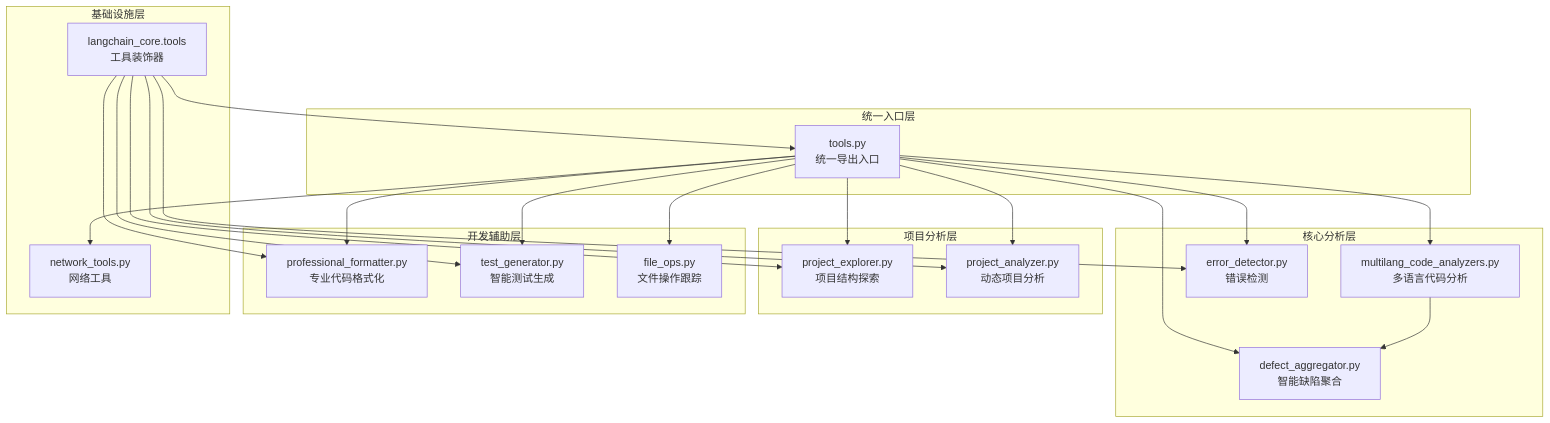
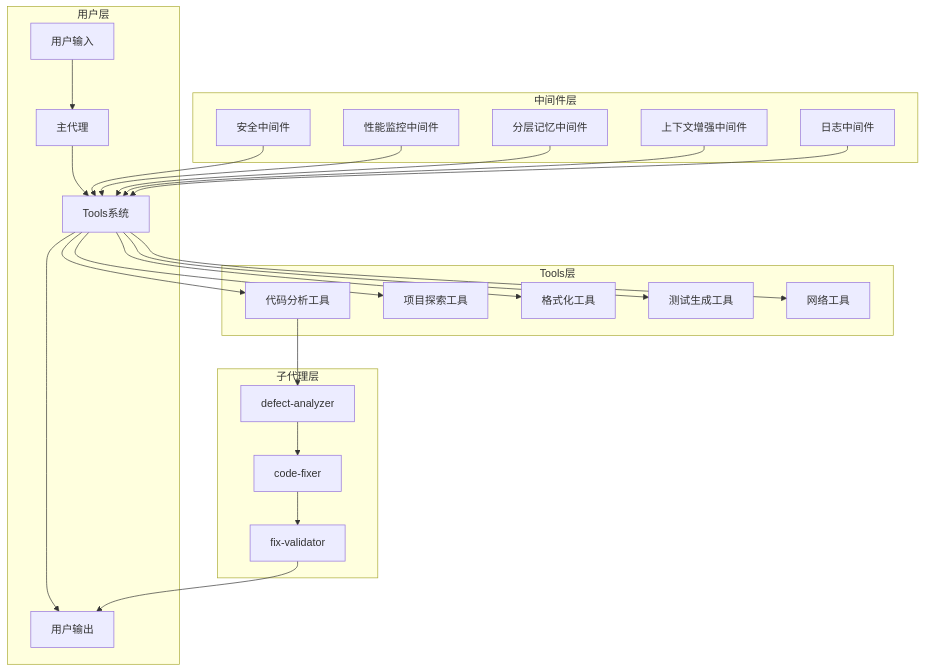
Before and after one commit to 3uyuan1ee/Fix_agent: the first of 20 diagrams in docs/tools_architecture.md, drawn with Mermaid. The commit also changed other lines of this file, not shown here.

````diff
--- a/docs/tools_architecture.md
+++ b/docs/tools_architecture.md
@@ -22,46 +11,41 @@
 ```mermaid
 graph TB
-    subgraph "统一入口层"
-        A[tools.py<br/>统一导出入口]
+    subgraph "用户层"
+        A[用户输入] --> B[主代理]
+        B --> C[Tools系统]
+        C --> D[用户输出]
     end
 
-    subgraph "核心分析层"
-        B[multilang_code_analyzers.py<br/>多语言代码分析]
-        C[defect_aggregator.py<br/>智能缺陷聚合]
-        D[error_detector.py<br/>错误检测]
+    subgraph "Tools层"
+        C --> E[代码分析工具]
+        C --> F[项目探索工具]
+        C --> G[格式化工具]
+        C --> H[测试生成工具]
+        C --> I[网络工具]
     end
 
-    subgraph "项目分析层"
-        E[project_explorer.py<br/>项目结构探索]
-        F[project_analyzer.py<br/>动态项目分析]
+    subgraph "中间件层"
+        J[安全中间件]
+        K[性能监控中间件]
+        L[分层记忆中间件]
+        M[上下文增强中间件]
+        N[日志中间件]
     end
 
-    subgraph "开发辅助层"
-        G[professional_formatter.py<br/>专业代码格式化]
-        H[test_generator.py<br/>智能测试生成]
-        I[file_ops.py<br/>文件操作跟踪]
+    subgraph "子代理层"
+        O[defect-analyzer]
+        P[code-fixer]
+        Q[fix-validator]
     end
 
-    subgraph "基础设施层"
-        J[network_tools.py<br/>网络工具]
-        K[langchain_core.tools<br/>工具装饰器]
-    end
+    E --> O
+    O --> P
+    P --> Q
+    Q --> D
 
-    A --> B
-    A --> C
-    A --> D
-    A --> E
-    A --> F
-    A --> G
-    A --> H
-    A --> I
-    A --> J
-
-    B --> C
-    K --> A
-    K --> D
-    K --> E
-    K --> F
-    K --> G
-    K --> H
+    J --> C
+    K --> C
+    L --> C
+    M --> C
+    N --> C
 ```
````
